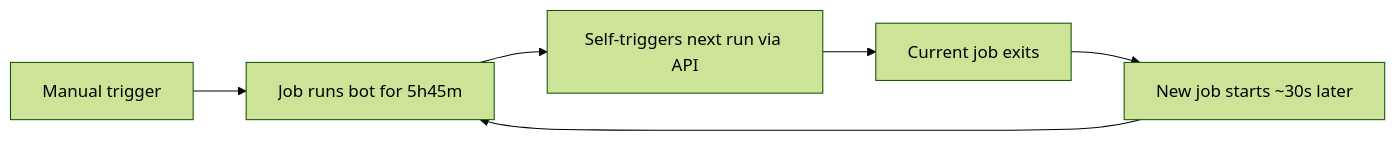
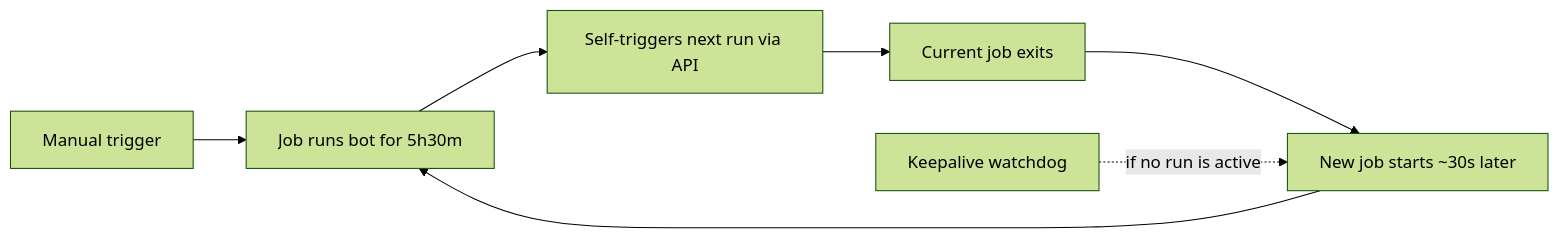
One commit to hsaikia/XewaliChessRust changed the diagram in DEPLOY.md. Above: the diagram before and after it, drawn with Mermaid (forest theme). The commit also changed other lines of this file and 4 other files, not shown here.

````diff
--- a/DEPLOY.md
+++ b/DEPLOY.md
@@ -65,8 +67,9 @@
 ```mermaid
 graph LR
-    A[Manual trigger] --> B[Job runs bot for 5h45m]
+    A[Manual trigger] --> B[Job runs bot for 5h30m]
     B --> C[Self-triggers next run via API]
     C --> D[Current job exits]
     D --> E[New job starts ~30s later]
     E --> B
+    W[Keepalive watchdog] -.->|if no run is active| E
 ```
````
